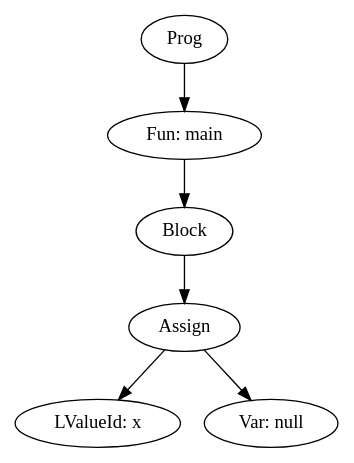
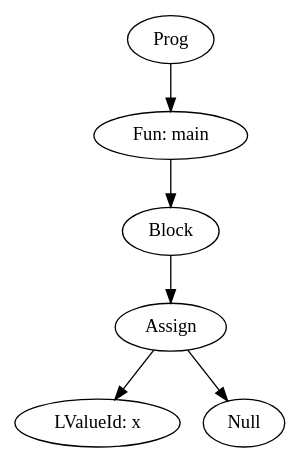
One commit to Maycdouglas/trabalhoCompiladores changed the diagram in antlr/dotFiles/attrNULL.dot. Above: the diagram before and after it, drawn with Graphviz. The commit also changed 90 other files, not shown here.

```diff
--- a/antlr/dotFiles/attrNULL.dot
+++ b/antlr/dotFiles/attrNULL.dot
@@ -1,13 +1,13 @@
 digraph AST {
 "Prog914504136" [label="Prog"];
 "Fun2085857771" [label="Fun: main"];
 "Prog914504136" -> "Fun2085857771";
 "CmdBlock248609774" [label="Block"];
 "Fun2085857771" -> "CmdBlock248609774";
 "CmdAssign708049632" [label="Assign"];
 "CmdBlock248609774" -> "CmdAssign708049632";
 "LValueId1887400018" [label="LValueId: x"];
 "CmdAssign708049632" -> "LValueId1887400018";
-"ExpVar285377351" [label="Var: null"];
-"CmdAssign708049632" -> "ExpVar285377351";
+"ExpNull285377351" [label="Null"];
+"CmdAssign708049632" -> "ExpNull285377351";
 }
```
